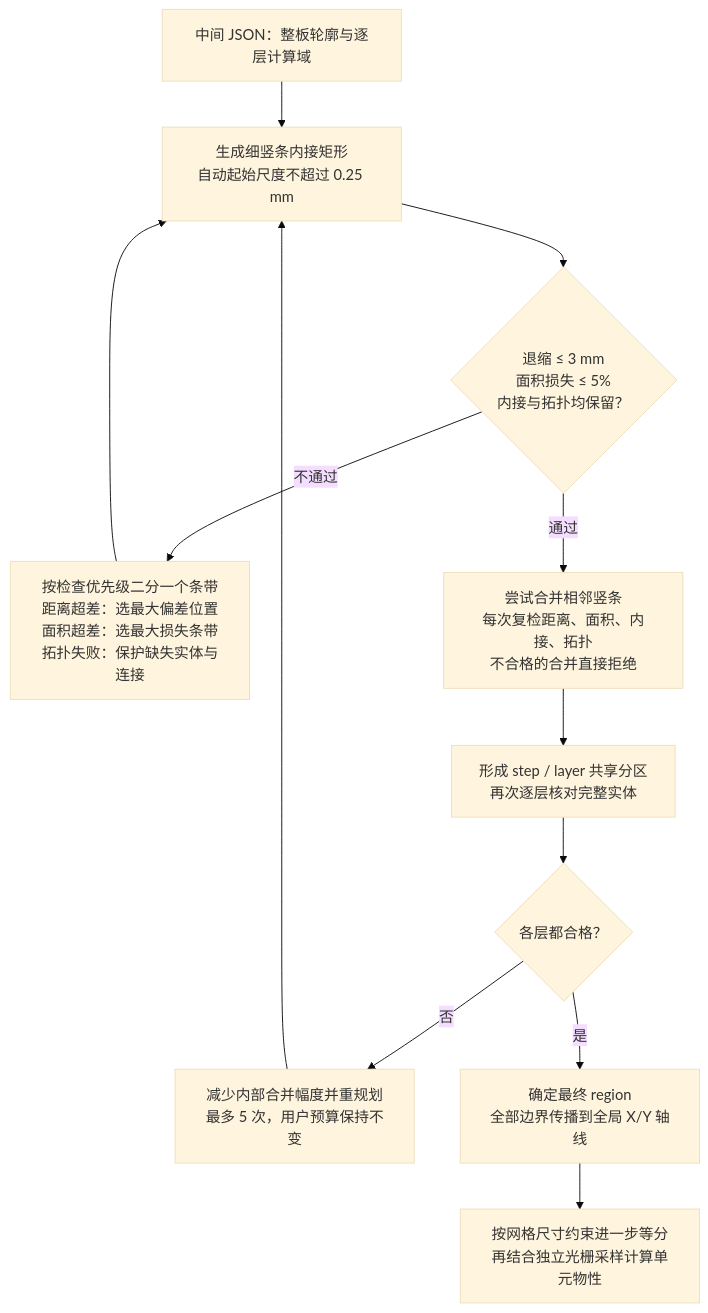
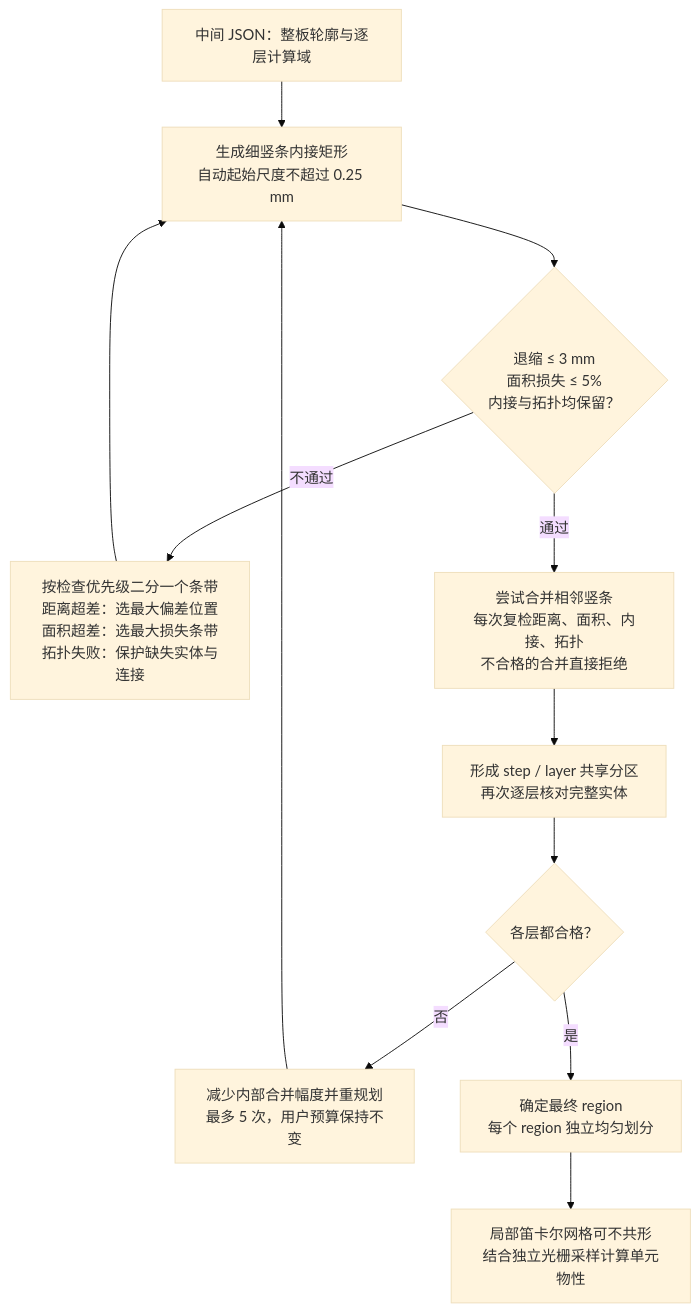
Before and after one commit to kekesjtu/odbpp: the diagram in docs/decisions/pcbeq/inscribed-regions.md, drawn with Mermaid (base theme). The commit also changed other lines of this file and 34 other files, not shown here.

````diff
--- a/docs/decisions/pcbeq/inscribed-regions.md
+++ b/docs/decisions/pcbeq/inscribed-regions.md
@@ -18,14 +18,14 @@
 ```mermaid
 flowchart TD
     A["中间 JSON：整板轮廓与逐层计算域"] --> B["生成细竖条内接矩形<br/>自动起始尺度不超过 0.25 mm"]
     B --> C{"退缩 ≤ 3 mm<br/>面积损失 ≤ 5%<br/>内接与拓扑均保留？"}
     C -- 不通过 --> D["按检查优先级二分一个条带<br/>距离超差：选最大偏差位置<br/>面积超差：选最大损失条带<br/>拓扑失败：保护缺失实体与连接"]
     D --> B
     C -- 通过 --> E["尝试合并相邻竖条<br/>每次复检距离、面积、内接、拓扑<br/>不合格的合并直接拒绝"]
     E --> F["形成 step / layer 共享分区<br/>再次逐层核对完整实体"]
     F --> G{"各层都合格？"}
     G -- 否 --> H["减少内部合并幅度并重规划<br/>最多 5 次，用户预算保持不变"]
     H --> B
-    G -- 是 --> I["确定最终 region<br/>全部边界传播到全局 X/Y 轴线"]
-    I --> J["按网格尺寸约束进一步等分<br/>再结合独立光栅采样计算单元物性"]
+    G -- 是 --> I["确定最终 region<br/>每个 region 独立均匀划分"]
+    I --> J["局部笛卡尔网格可不共形<br/>结合独立光栅采样计算单元物性"]
 ```
````
